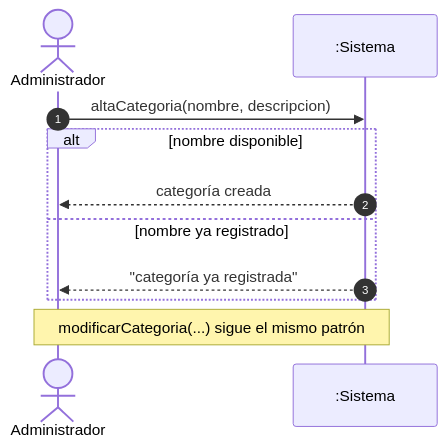
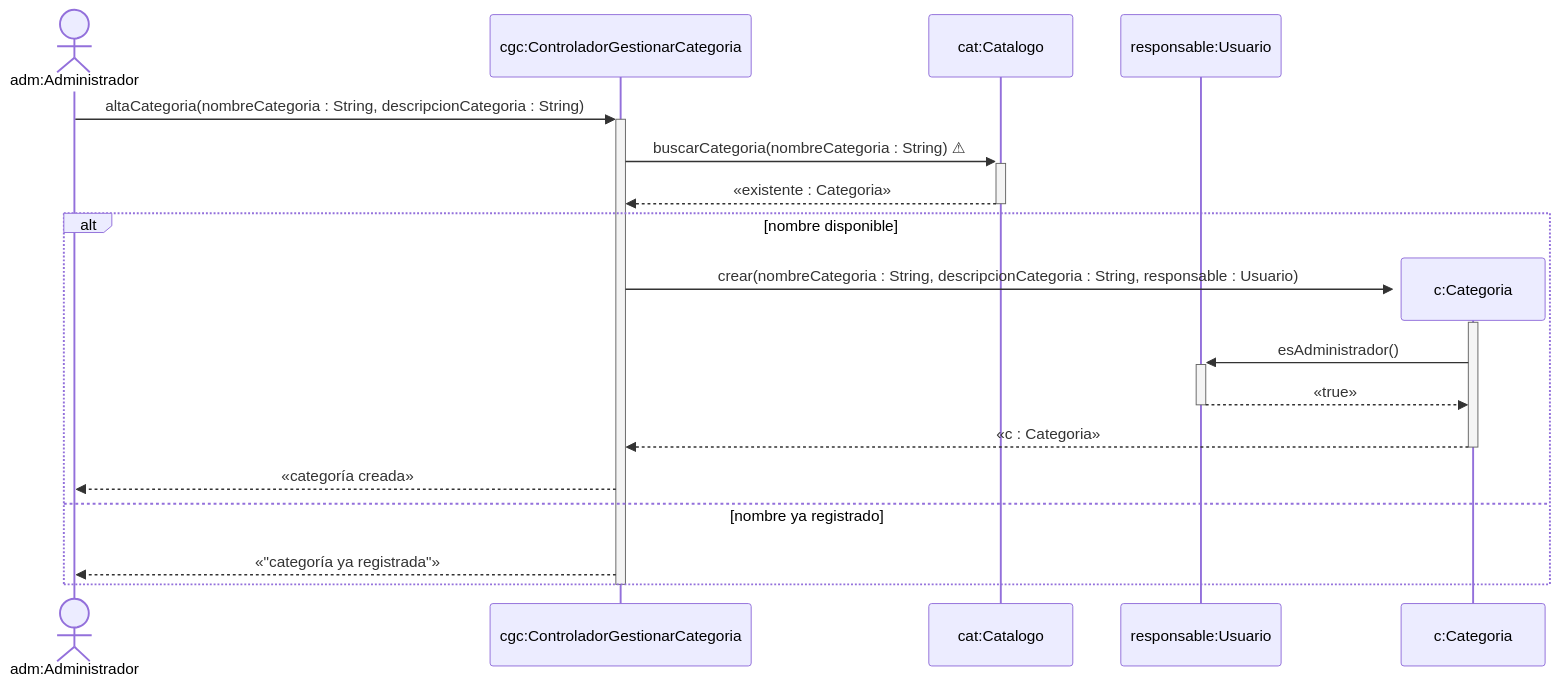
Before and after one commit to cirotop/Stock-Project: the fourth of 12 diagrams in 08-Diagrama De Secuencia/Diagramas_de_Secuencia.md, drawn with Mermaid. The commit also changed other lines of this file, not shown here.

````diff
--- a/08-Diagrama De Secuencia/Diagramas_de_Secuencia.md
+++ b/08-Diagrama De Secuencia/Diagramas_de_Secuencia.md
@@ -44,13 +113,22 @@
 ```mermaid
 sequenceDiagram
-    autonumber
-    actor A as Administrador
-    participant S as :Sistema
-    A->>S: altaCategoria(nombre, descripcion)
+    actor adm as adm:Administrador
+    participant cgc as cgc:ControladorGestionarCategoria
+    participant cat as cat:Catalogo
+    participant resp as responsable:Usuario
+
+    adm->>+cgc: altaCategoria(nombreCategoria : String, descripcionCategoria : String)
+    cgc->>+cat: buscarCategoria(nombreCategoria : String) ⚠
+    cat-->>-cgc: «existente : Categoria»
     alt nombre disponible
-        S-->>A: categoría creada
+        create participant c as c:Categoria
+        cgc->>+c: crear(nombreCategoria : String, descripcionCategoria : String, responsable : Usuario)
+        c->>+resp: esAdministrador()
+        resp-->>-c: «true»
+        c-->>-cgc: «c : Categoria»
+        cgc-->>adm: «categoría creada»
     else nombre ya registrado
-        S-->>A: "categoría ya registrada"
+        cgc-->>adm: «"categoría ya registrada"»
     end
-    Note over A,S: modificarCategoria(...) sigue el mismo patrón
+    deactivate cgc
 ```
````
